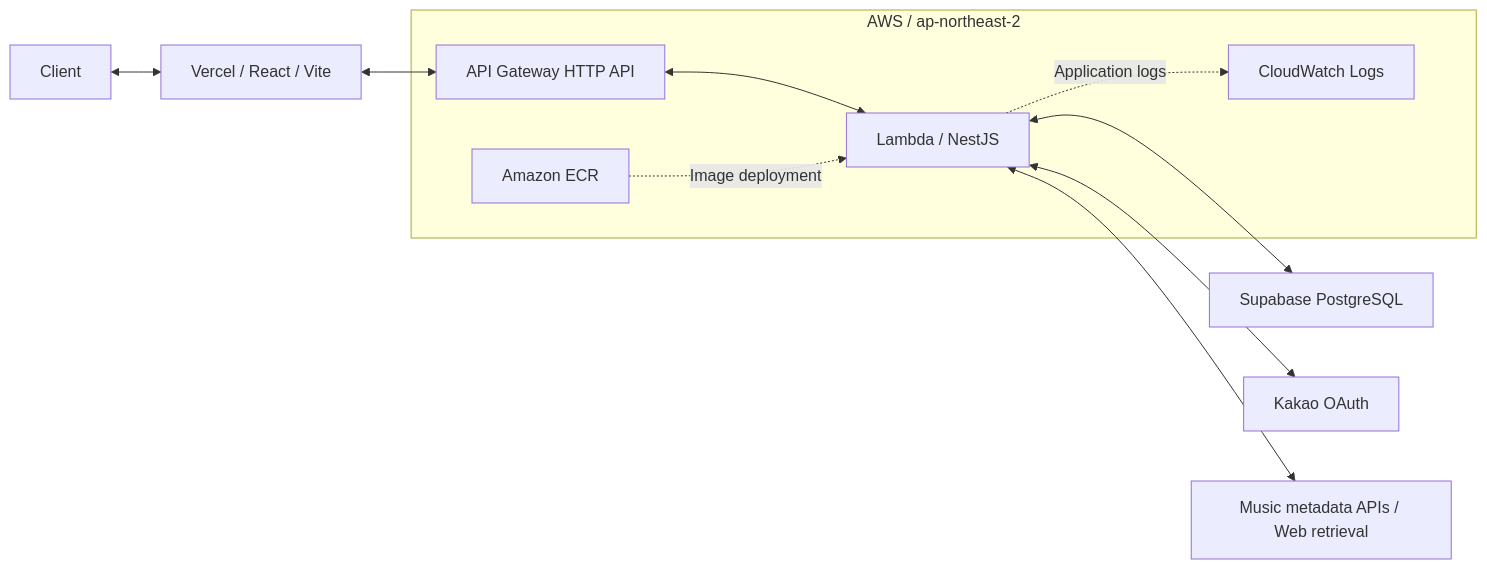
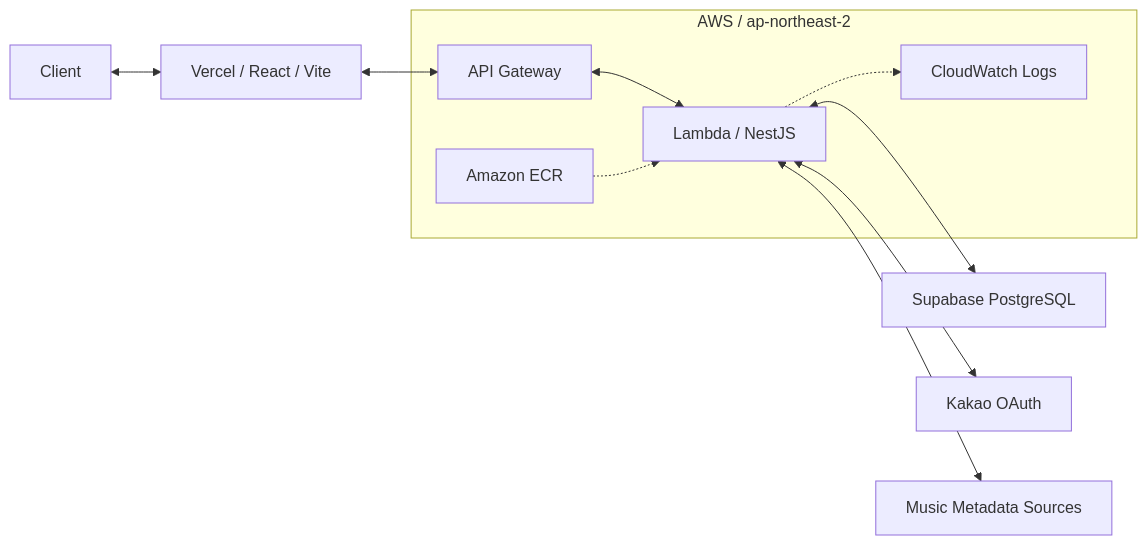
One commit to Database-teamproject/playona-LD changed the diagram in README.md. Above: the diagram before and after it, drawn with Mermaid. The commit also changed other lines of this file, not shown here.

````diff
--- a/README.md
+++ b/README.md
@@ -39,13 +34,13 @@
 ```mermaid
 flowchart LR
     Client[Client] <--> Frontend[Vercel / React / Vite]
     Frontend <--> Gateway
     subgraph AWS["AWS / ap-northeast-2"]
-        Gateway[API Gateway HTTP API] <--> Backend[Lambda / NestJS]
-        ECR[Amazon ECR] -. Image deployment .-> Backend
-        Backend -. Application logs .-> Logs[CloudWatch Logs]
+        Gateway[API Gateway] <--> Backend[Lambda / NestJS]
+        ECR[Amazon ECR] -.-> Backend
+        Backend -.-> Logs[CloudWatch Logs]
     end
     Backend <--> DB[Supabase PostgreSQL]
     Backend <--> Kakao[Kakao OAuth]
-    Backend <--> Music[Music metadata APIs / Web retrieval]
+    Backend <--> Music[Music Metadata Sources]
 ```
````
